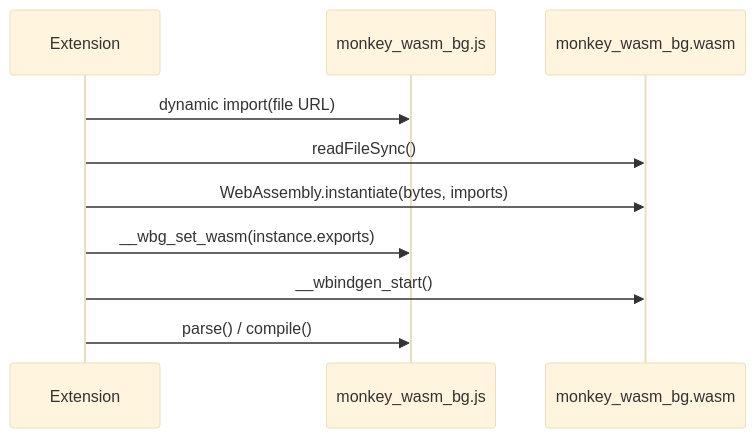
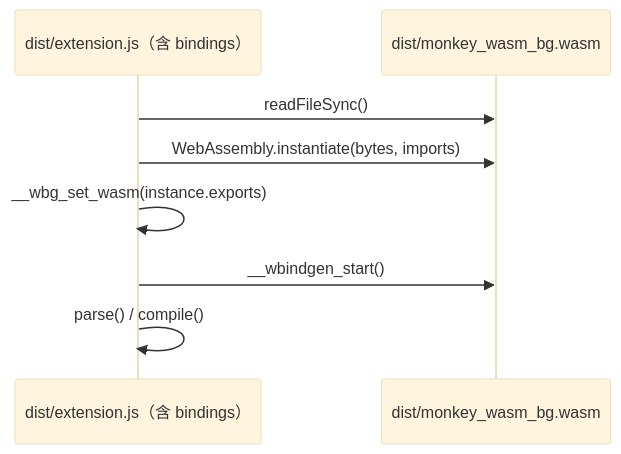
One commit to gengjiawen/monkey-rust changed the second of 3 diagrams in docs/vscode-extension-design.md. Above: the diagram before and after it, drawn with Mermaid (base theme). The commit also changed other lines of this file and 9 other files, not shown here.

Commit message:
refactor(vscode-extension): bundle wasm runtime

````diff
--- a/docs/vscode-extension-design.md
+++ b/docs/vscode-extension-design.md
@@ -221,13 +208,11 @@
 ```mermaid
 sequenceDiagram
-    participant Extension
-    participant Bindings as monkey_wasm_bg.js
-    participant Wasm as monkey_wasm_bg.wasm
+    participant Extension as dist/extension.js（含 bindings）
+    participant Wasm as dist/monkey_wasm_bg.wasm
 
-    Extension->>Bindings: dynamic import(file URL)
     Extension->>Wasm: readFileSync()
     Extension->>Wasm: WebAssembly.instantiate(bytes, imports)
-    Extension->>Bindings: __wbg_set_wasm(instance.exports)
+    Extension->>Extension: __wbg_set_wasm(instance.exports)
     Extension->>Wasm: __wbindgen_start()
-    Extension->>Bindings: parse() / compile()
+    Extension->>Extension: parse() / compile()
 ```
````
